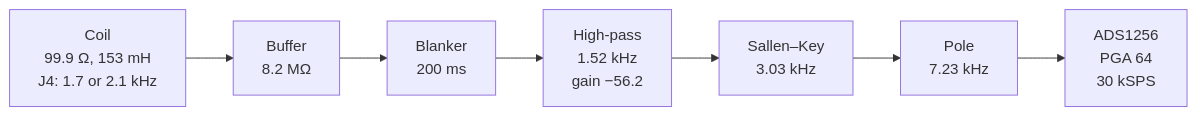
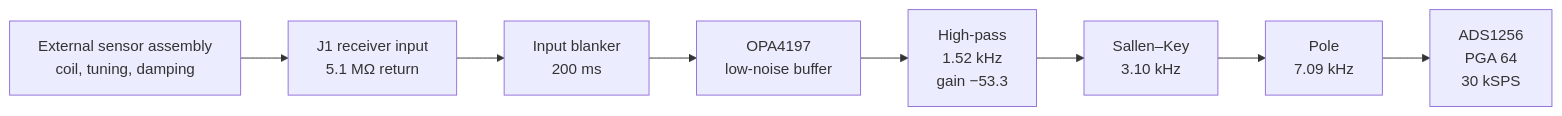
One commit to ethanewer/ece455 changed the first of 2 diagrams in docs/receiver-estimator-slides.md. Above: the diagram before and after it, drawn with Mermaid. The commit also changed other lines of this file and 27 other files, not shown here.

Commit message:
Keep receiver tuning external to high-impedance input

````diff
--- a/docs/receiver-estimator-slides.md
+++ b/docs/receiver-estimator-slides.md
@@ -3,9 +3,10 @@
 ```mermaid
 flowchart LR
-  coil["Coil\n99.9 Ω, 153 mH\nJ4: 1.7 or 2.1 kHz"] --> buf["Buffer\n8.2 MΩ"]
-  buf --> blank["Blanker\n200 ms"]
-  blank --> hp2["High-pass\n1.52 kHz\ngain −56.2"]
-  hp2 --> lpf["Sallen–Key\n3.03 kHz"]
-  lpf --> pole["Pole\n7.23 kHz"]
+  ext["External sensor assembly\ncoil, tuning, damping"] --> input["J1 receiver input\n5.1 MΩ return"]
+  input --> blank["Input blanker\n200 ms"]
+  blank --> buffer["OPA4197\nlow-noise buffer"]
+  buffer --> hp["High-pass\n1.52 kHz\ngain −53.3"]
+  hp --> lpf["Sallen–Key\n3.10 kHz"]
+  lpf --> pole["Pole\n7.09 kHz"]
   pole --> adc["ADS1256\nPGA 64\n30 kSPS"]
 ```
````
